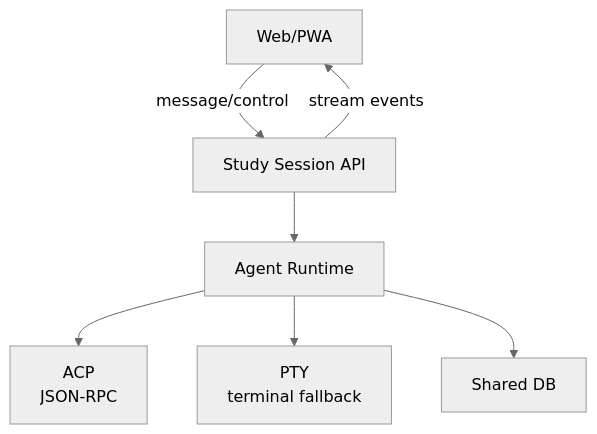
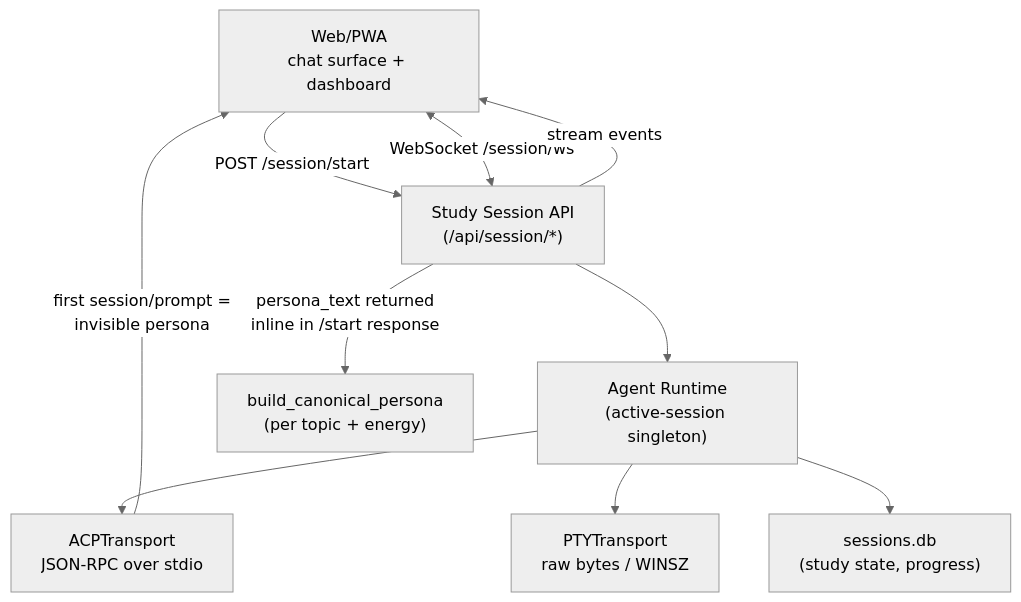
Before and after one commit to NetDevAutomate/StudyLoop: the fourth of 4 diagrams in docs/system-overview.md, drawn with Mermaid (neutral theme). The commit also changed other lines of this file and 6 other files, not shown here.

First line of the commit message:
docs: update user + architecture docs for ACP chat-UI hotfix

````diff
--- a/docs/system-overview.md
+++ b/docs/system-overview.md
@@ -134,16 +134,20 @@
 ```mermaid
 flowchart TD
-    Web["Web/PWA"]
-    API["Study Session API"]
-    Runtime["Agent Runtime"]
-    ACP["ACP<br/>JSON-RPC"]
-    PTY["PTY<br/>terminal fallback"]
-    DB["Shared DB"]
+    Web["Web/PWA<br/>chat surface + dashboard"]
+    API["Study Session API<br/>(/api/session/*)"]
+    Runtime["Agent Runtime<br/>(active-session singleton)"]
+    ACP["ACPTransport<br/>JSON-RPC over stdio"]
+    PTY["PTYTransport<br/>raw bytes / WINSZ"]
+    Persona["build_canonical_persona<br/>(per topic + energy)"]
+    DB["sessions.db<br/>(study state, progress)"]
 
-    Web -->|"message/control"| API
+    Web -->|"POST /session/start"| API
+    Web <-->|"WebSocket /session/ws"| API
+    API -->|"persona_text returned<br/>inline in /start response"| Persona
     API --> Runtime
     Runtime --> ACP
     Runtime --> PTY
+    ACP -->|"first session/prompt =<br/>invisible persona"| Web
     Runtime --> DB
     API -->|"stream events"| Web
 ```
````
